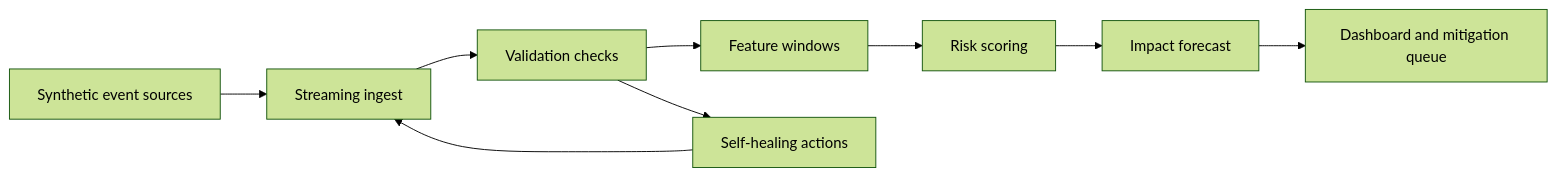
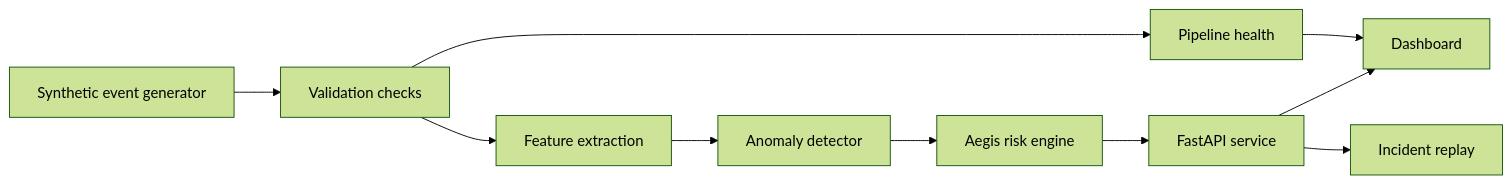
Before and after one commit to Ayush141910/aegisflow-risk-platform: the diagram in docs/architecture.md, drawn with Mermaid (forest theme). The commit also changed other lines of this file and 18 other files, not shown here.

Commit message:
Add API-backed risk pipeline

````diff
--- a/docs/architecture.md
+++ b/docs/architecture.md
@@ -5,11 +5,12 @@
 ```mermaid
 flowchart LR
-  A["Synthetic event sources"] --> B["Streaming ingest"]
-  B --> C["Validation checks"]
-  C --> D["Feature windows"]
-  D --> E["Risk scoring"]
-  E --> F["Impact forecast"]
-  F --> G["Dashboard and mitigation queue"]
-  C --> H["Self-healing actions"]
-  H --> B
+  A["Synthetic event generator"] --> B["Validation checks"]
+  B --> C["Feature extraction"]
+  C --> D["Anomaly detector"]
+  D --> E["Aegis risk engine"]
+  E --> F["FastAPI service"]
+  F --> G["Dashboard"]
+  F --> H["Incident replay"]
+  B --> I["Pipeline health"]
+  I --> G
 ```
````
